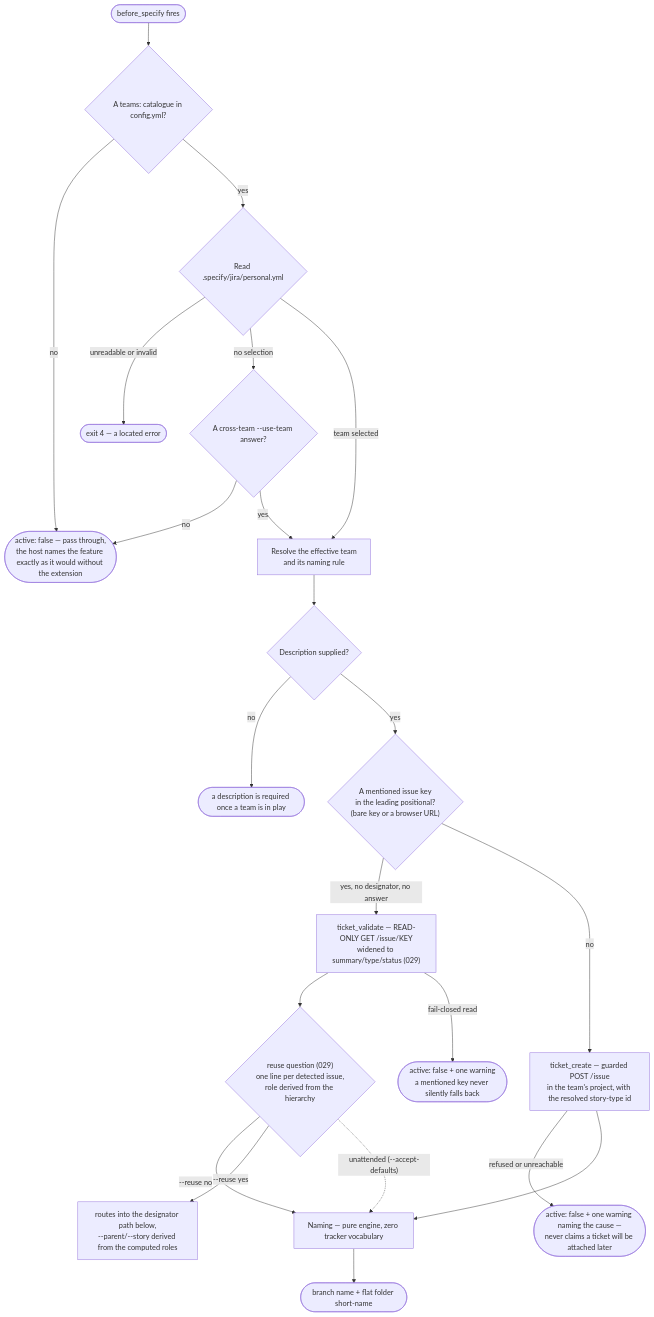
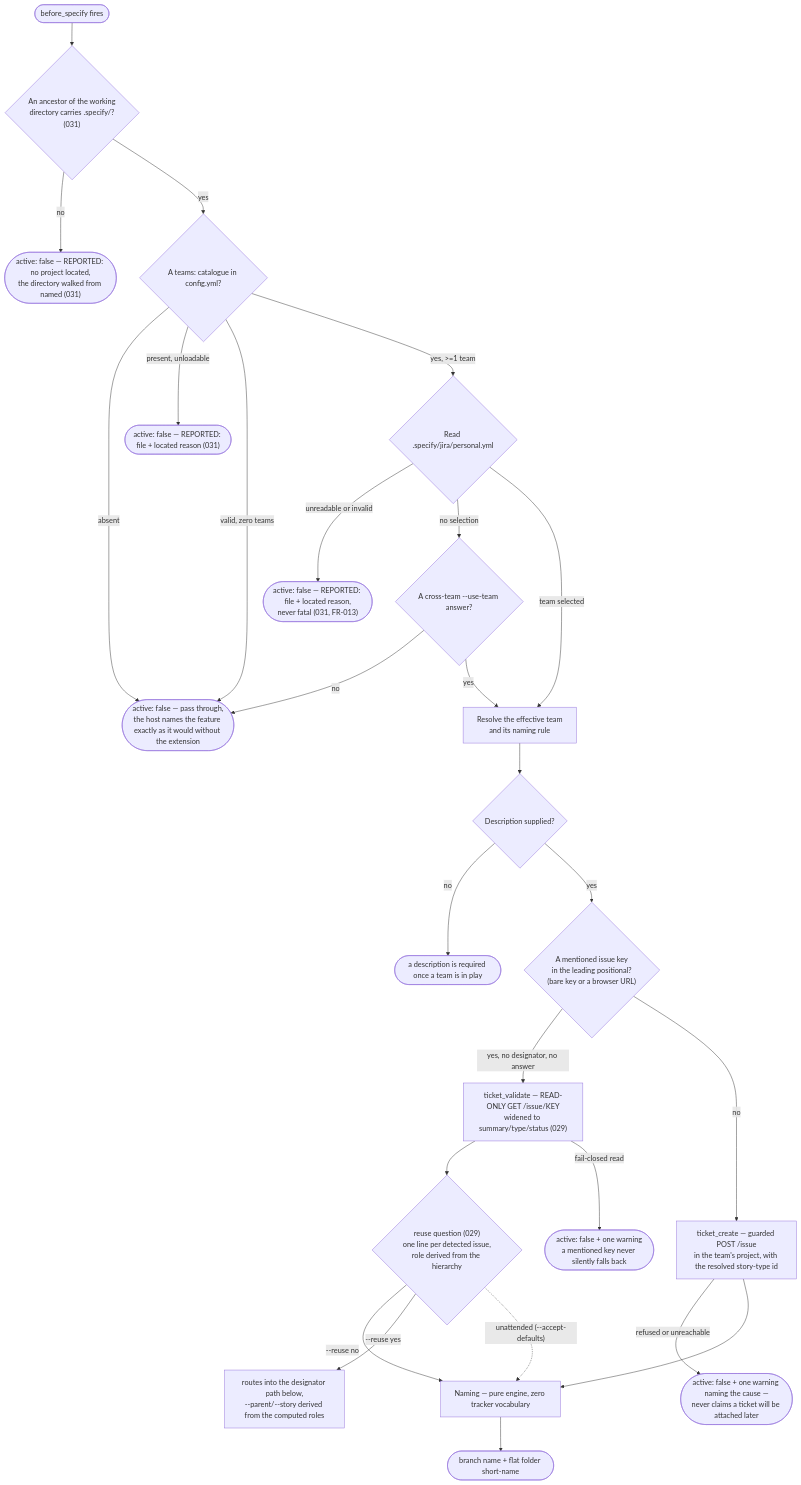
The first of 5 diagrams in docs/06-feature-naming.md (Fyloss/spec-kit-jira), drawn with Mermaid before and after one commit. The commit also changed other lines of this file and 42 other files, not shown here.

First line of the commit message:
fix(031): a pass-through says which of seven states produced it (#55)

````diff
--- a/docs/06-feature-naming.md
+++ b/docs/06-feature-naming.md
@@ -9,31 +9,35 @@
 ```mermaid
 flowchart TD
-    Start(["before_specify fires"]) --> Cat{"A teams: catalogue in config.yml?"}
-    Cat -->|"no"| Pass(["active: false — pass through,<br/>the host names the feature exactly as it would without the extension"])
+    Start(["before_specify fires"]) --> Repo{"An ancestor of the working<br/>directory carries .specify/?<br/>(031)"}
+    Repo -->|"no"| Report0(["active: false — REPORTED: no project located,<br/>the directory walked from named (031)"])
+    Repo -->|"yes"| Cat{"A teams: catalogue in config.yml?"}
+    Cat -->|"absent"| Pass(["active: false — pass through,<br/>the host names the feature exactly as it would without the extension"])
+    Cat -->|"present, unloadable"| Report1(["active: false — REPORTED: file + located reason (031)"])
+    Cat -->|"valid, zero teams"| Pass
 
-    Cat -->|"yes"| Personal{"Read .specify/jira/personal.yml"}
-    Personal -->|"unreadable or invalid"| Fail(["exit 4 — a located error"])
+    Cat -->|"yes, >=1 team"| Personal{"Read .specify/jira/personal.yml"}
+    Personal -->|"unreadable or invalid"| Report2(["active: false — REPORTED: file + located reason,<br/>never fatal (031, FR-013)"])
     Personal -->|"no selection"| Cross{"A cross-team --use-team answer?"}
     Cross -->|"no"| Pass
     Cross -->|"yes"| Team
 
     Personal -->|"team selected"| Team["Resolve the effective team<br/>and its naming rule"]
     Team --> Desc{"Description supplied?"}
     Desc -->|"no"| Fail2(["a description is required once a team is in play"])
     Desc -->|"yes"| Ticket
 
     Ticket{"A mentioned issue key<br/>in the leading positional?<br/>(bare key or a browser URL)"}
     Ticket -->|"yes, no designator, no answer"| Validate["ticket_validate — READ-ONLY GET /issue/KEY<br/>widened to summary/type/status (029)"]
     Ticket -->|"no"| Create["ticket_create — guarded POST /issue<br/>in the team's project, with the resolved story-type id"]
 
     Validate --> Ask{"reuse question (029)<br/>one line per detected issue,<br/>role derived from the hierarchy"}
     Ask -->|"--reuse no"| Name
     Ask -->|"--reuse yes"| Designators["routes into the designator path below,<br/>--parent/--story derived from the computed roles"]
     Ask -.->|"unattended (--accept-defaults)"| Name
 
     Validate -->|"fail-closed read"| Warn(["active: false + one warning<br/>a mentioned key never silently falls back"])
     Create -->|"refused or unreachable"| Warn2(["active: false + one warning naming the cause —<br/>never claims a ticket will be attached later"])
 
     Create --> Name["Naming — pure engine, zero tracker vocabulary"]
     Name --> Out(["branch name + flat folder short-name"])
 ```
````
